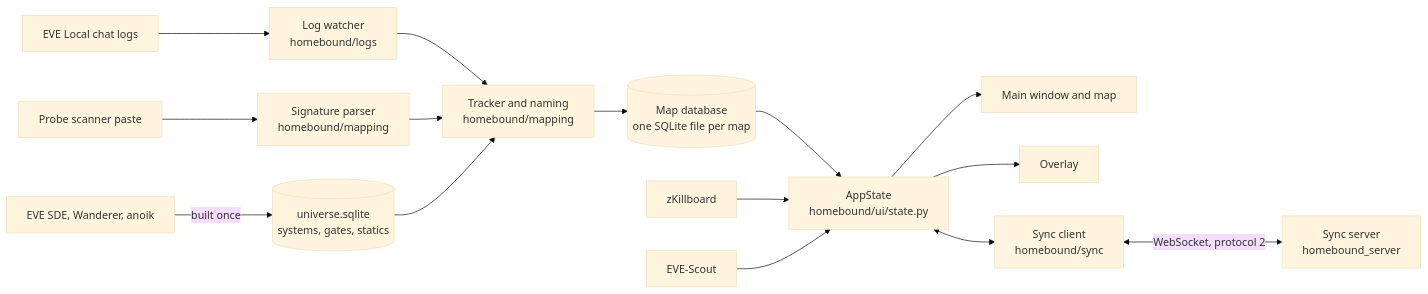
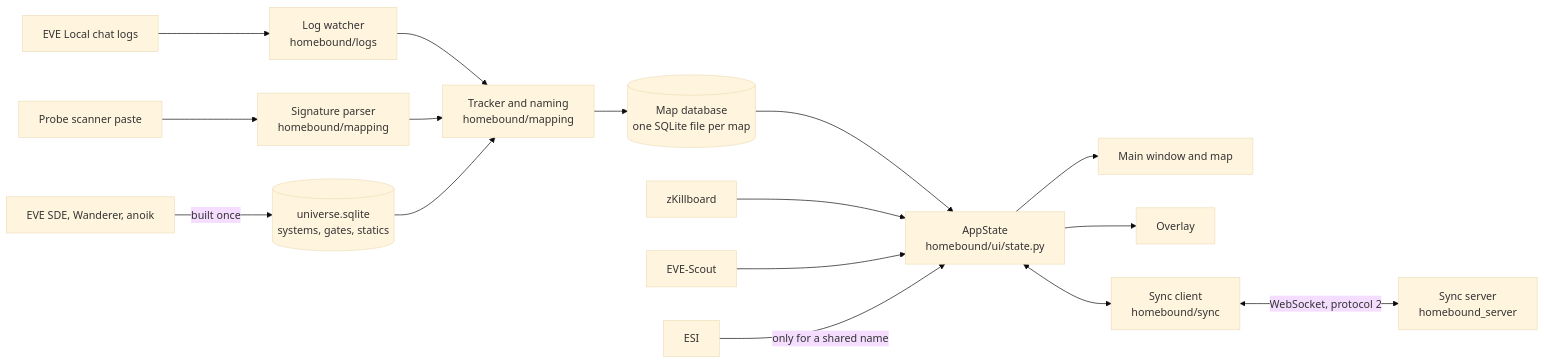
One commit to luto2/homebound changed the diagram in docs/architecture.md. Above: the diagram before and after it, drawn with Mermaid (base theme). The commit also changed other lines of this file and 181 other files, not shown here.

````diff
--- a/docs/architecture.md
+++ b/docs/architecture.md
@@ -11,17 +11,18 @@
 ```mermaid
 flowchart LR
     logs["EVE Local chat logs"] --> watcher["Log watcher<br/>homebound/logs"]
     paste["Probe scanner paste"] --> sigs["Signature parser<br/>homebound/mapping"]
     watcher --> tracker["Tracker and naming<br/>homebound/mapping"]
     sigs --> tracker
     universe[("universe.sqlite<br/>systems, gates, statics")] --> tracker
     tracker --> store[("Map database<br/>one SQLite file per map")]
     store --> state["AppState<br/>homebound/ui/state.py"]
     state --> ui["Main window and map"]
     state --> overlay["Overlay"]
     zkill["zKillboard"] --> state
     scout["EVE-Scout"] --> state
+    esi["ESI"] -->|"only for a shared name"| state
     state <--> sync["Sync client<br/>homebound/sync"]
     sync <-->|"WebSocket, protocol 2"| server["Sync server<br/>homebound_server"]
     sde["EVE SDE, Wanderer, anoik"] -->|"built once"| universe
 ```
````
